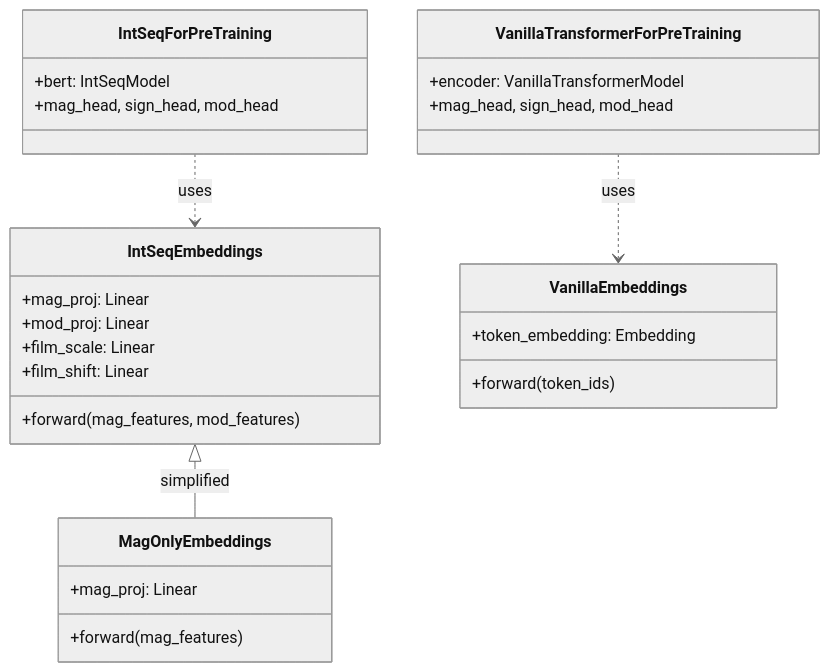
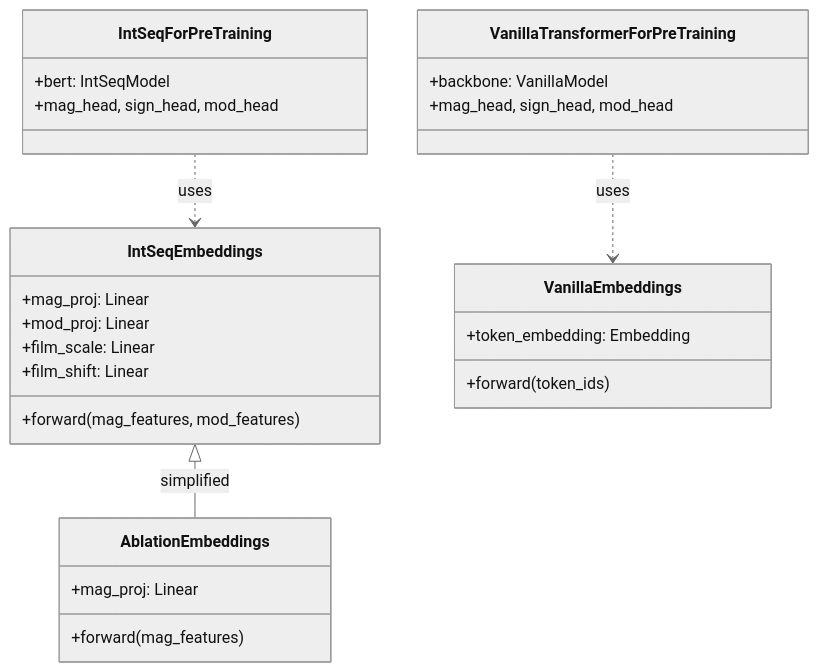
One commit to aabaa/IntSeqBERT changed the diagram in spec/intseq_models.md. Above: the diagram before and after it, drawn with Mermaid (neutral theme). The commit also changed other lines of this file and 8 other files, not shown here.

````diff
--- a/spec/intseq_models.md
+++ b/spec/intseq_models.md
@@ -377,34 +377,34 @@
 ```mermaid
 classDiagram
     class IntSeqEmbeddings {
         +mag_proj: Linear
         +mod_proj: Linear
         +film_scale: Linear
         +film_shift: Linear
         +forward(mag_features, mod_features)
     }
     
     class VanillaEmbeddings {
         +token_embedding: Embedding
         +forward(token_ids)
     }
     
-    class MagOnlyEmbeddings {
+    class AblationEmbeddings {
         +mag_proj: Linear
         +forward(mag_features)
     }
     
     class IntSeqForPreTraining {
         +bert: IntSeqModel
         +mag_head, sign_head, mod_head
     }
     
     class VanillaTransformerForPreTraining {
-        +encoder: VanillaTransformerModel
+        +backbone: VanillaModel
         +mag_head, sign_head, mod_head
     }
     
-    IntSeqEmbeddings <|-- MagOnlyEmbeddings : simplified
+    IntSeqEmbeddings <|-- AblationEmbeddings : simplified
     IntSeqForPreTraining ..> IntSeqEmbeddings : uses
     VanillaTransformerForPreTraining ..> VanillaEmbeddings : uses
 ```
````
